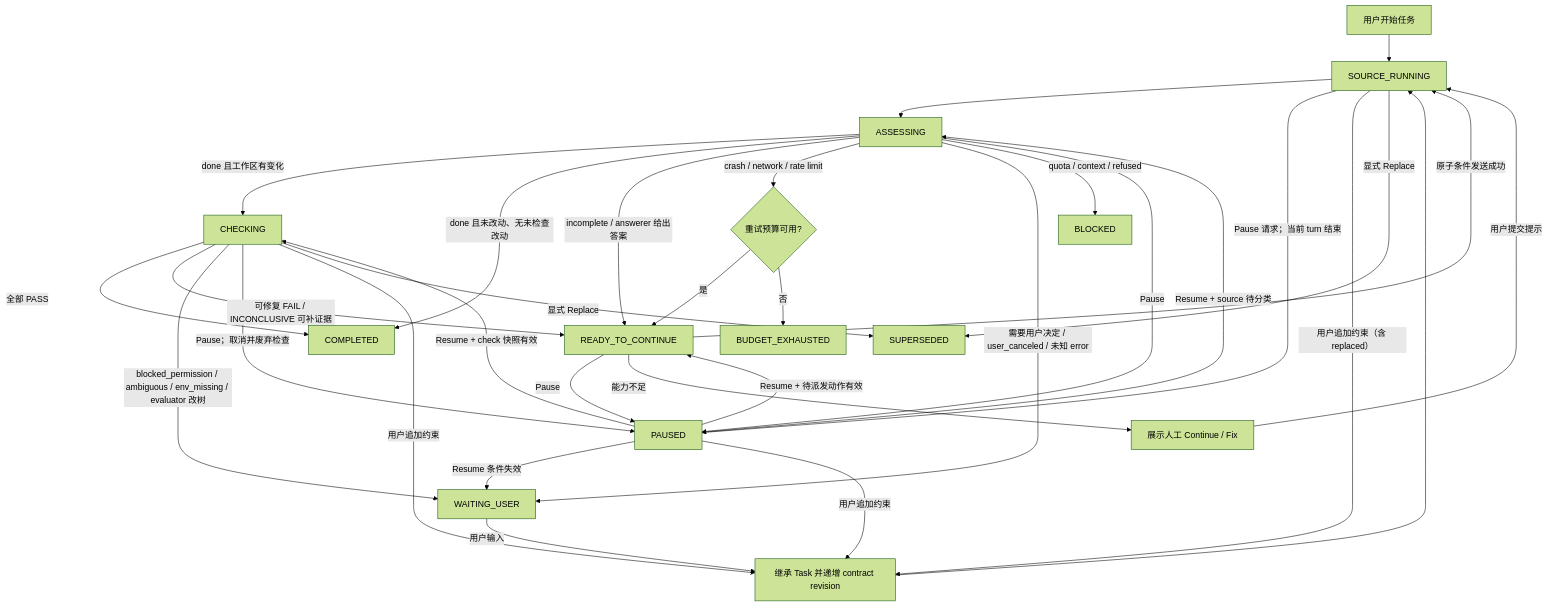
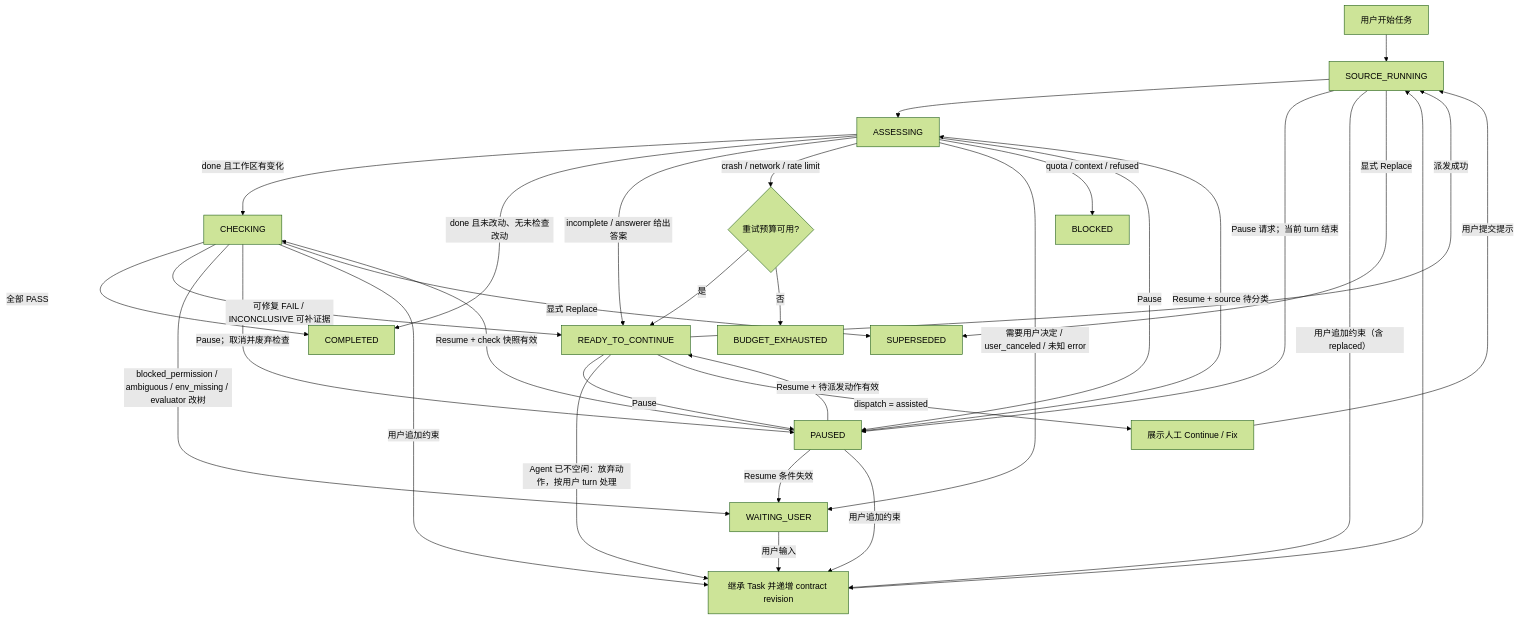
Before and after one commit to XUJiahua/paseo-post-turn-gate-plugin: the diagram in docs/completion-supervisor.md, drawn with Mermaid (forest theme). The commit also changed other lines of this file, not shown here.

````diff
--- a/docs/completion-supervisor.md
+++ b/docs/completion-supervisor.md
@@ -210,34 +211,35 @@
 ```mermaid
 flowchart TD
     U[用户开始任务] --> R[SOURCE_RUNNING]
     R --> A[ASSESSING]
     A -->|done 且工作区有变化| C[CHECKING]
     A -->|done 且未改动、无未检查改动| D
     A -->|incomplete / answerer 给出答案| N[READY_TO_CONTINUE]
     A -->|crash / network / rate limit| P{重试预算可用?}
     P -->|是| N
     P -->|否| B[BUDGET_EXHAUSTED]
     A -->|需要用户决定 / user_canceled / 未知 error| W[WAITING_USER]
     A -->|quota / context / refused| X[BLOCKED]
     C -->|全部 PASS| D[COMPLETED]
     C -->|可修复 FAIL / INCONCLUSIVE 可补证据| N
     C -->|blocked_permission / ambiguous / env_missing / evaluator 改树| W
     W -->|用户输入| Q
     R -->|Pause 请求；当前 turn 结束| H[PAUSED]
     A -->|Pause| H
     C -->|Pause；取消并废弃检查| H
     N -->|Pause| H
     H -->|Resume + 待派发动作有效| N
     H -->|Resume + source 待分类| A
     H -->|Resume + check 快照有效| C
     H -->|Resume 条件失效| W
     H -->|用户追加约束| Q
-    N -->|原子条件发送成功| R
-    N -->|能力不足| M[展示人工 Continue / Fix]
+    N -->|派发成功| R
+    N -->|Agent 已不空闲：放弃动作，按用户 turn 处理| Q
+    N -->|dispatch = assisted| M[展示人工 Continue / Fix]
     M -->|用户提交提示| R
     R -->|用户追加约束（含 replaced）| Q[继承 Task 并递增 contract revision]
     C -->|用户追加约束| Q
     Q --> R
     R -->|显式 Replace| S[SUPERSEDED]
     C -->|显式 Replace| S
 ```
````
